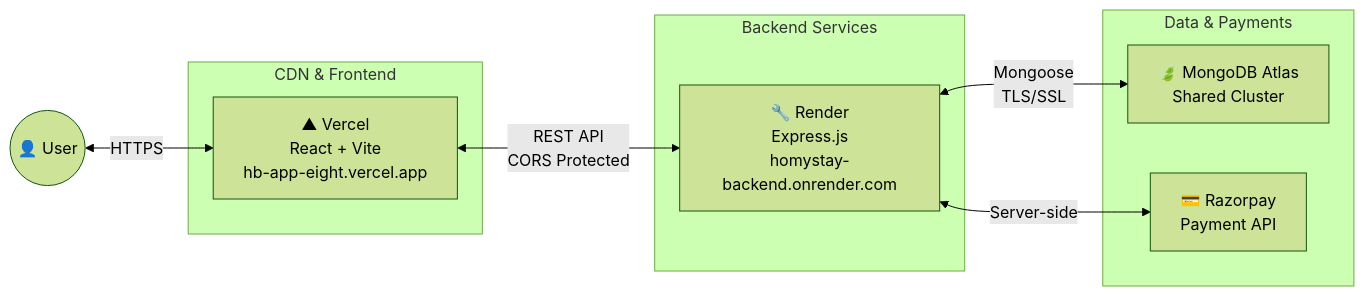
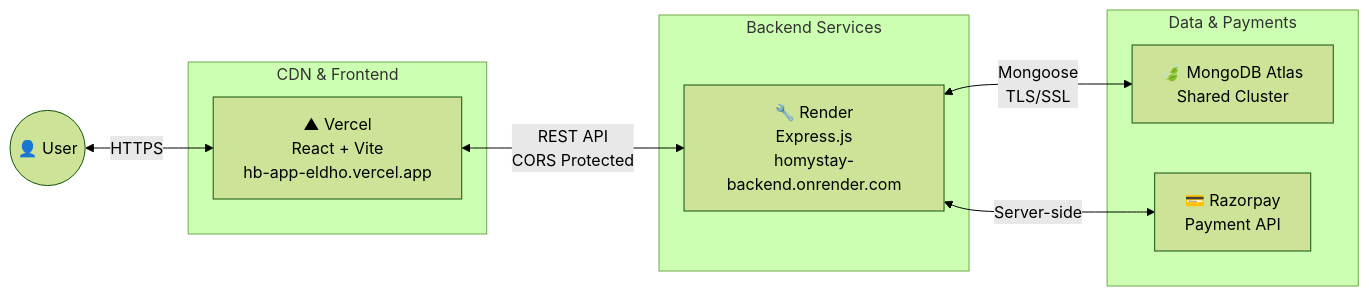
Before and after one commit to eldhoaby/HBApp: the fourth of 4 diagrams in docs/architecture.md, drawn with Mermaid (forest theme). The commit also changed 1 other file, not shown here.

Commit message:
docs: update frontend URL to hb-app-eldho.vercel.app

````diff
--- a/docs/architecture.md
+++ b/docs/architecture.md
@@ -180,20 +180,20 @@
 ```mermaid
 graph LR
     subgraph "CDN & Frontend"
-        Vercel["▲ Vercel<br/>React + Vite<br/>hb-app-eight.vercel.app"]
+        Vercel["▲ Vercel<br/>React + Vite<br/>hb-app-eldho.vercel.app"]
     end
     
     subgraph "Backend Services"
         Render["🔧 Render<br/>Express.js<br/>homystay-backend.onrender.com"]
     end
     
     subgraph "Data & Payments"
         Atlas["🍃 MongoDB Atlas<br/>Shared Cluster"]
         RP["💳 Razorpay<br/>Payment API"]
     end
     
     User((👤 User)) <-->|HTTPS| Vercel
     Vercel <-->|REST API<br/>CORS Protected| Render
     Render <-->|Mongoose<br/>TLS/SSL| Atlas
     Render <-->|Server-side| RP
 ```
````
